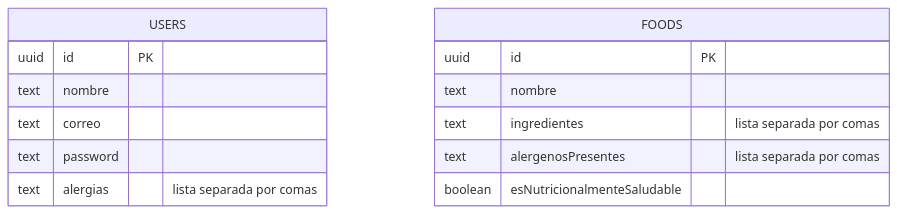
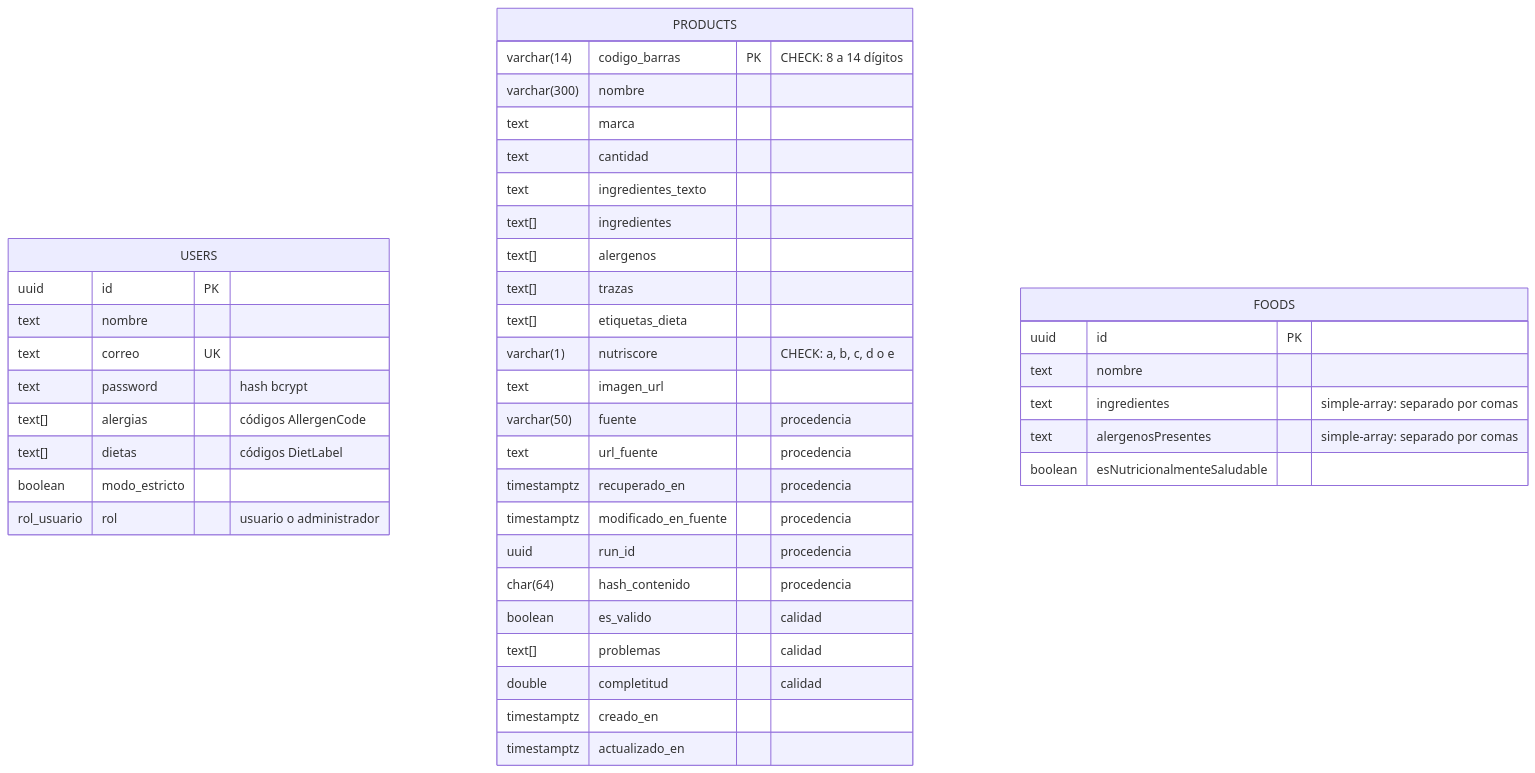
The fifth of 5 diagrams in docs/Arquitectura.md (Nachetao/FoodAware-Project), drawn with Mermaid before and after one commit. The commit also changed other lines of this file and 4 other files, not shown here.

````diff
--- a/docs/Arquitectura.md
+++ b/docs/Arquitectura.md
@@ -205,17 +204,44 @@
 ```mermaid
 erDiagram
     USERS {
         uuid id PK
         text nombre
-        text correo
-        text password
-        text alergias "lista separada por comas"
+        text correo UK
+        text password "hash bcrypt"
+        text[] alergias "códigos AllergenCode"
+        text[] dietas "códigos DietLabel"
+        boolean modo_estricto
+        rol_usuario rol "usuario o administrador"
+    }
+    PRODUCTS {
+        varchar(14) codigo_barras PK "CHECK: 8 a 14 dígitos"
+        varchar(300) nombre
+        text marca
+        text cantidad
+        text ingredientes_texto
+        text[] ingredientes
+        text[] alergenos
+        text[] trazas
+        text[] etiquetas_dieta
+        varchar(1) nutriscore "CHECK: a, b, c, d o e"
+        text imagen_url
+        varchar(50) fuente "procedencia"
+        text url_fuente "procedencia"
+        timestamptz recuperado_en "procedencia"
+        timestamptz modificado_en_fuente "procedencia"
+        uuid run_id "procedencia"
+        char(64) hash_contenido "procedencia"
+        boolean es_valido "calidad"
+        text[] problemas "calidad"
+        double completitud "calidad"
+        timestamptz creado_en
+        timestamptz actualizado_en
     }
     FOODS {
         uuid id PK
         text nombre
-        text ingredientes "lista separada por comas"
-        text alergenosPresentes "lista separada por comas"
+        text ingredientes "simple-array: separado por comas"
+        text alergenosPresentes "simple-array: separado por comas"
         boolean esNutricionalmenteSaludable
     }
 ```
````
